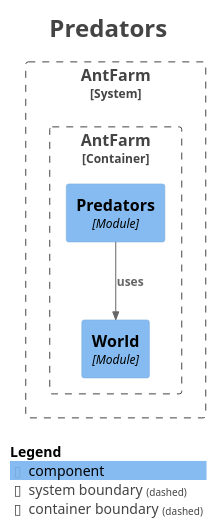
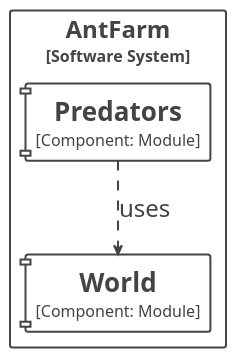
One commit to BlockCat/ddd-ants changed the diagram in src/main/resources/static/docs/module-predators.puml. Above: the diagram before and after it, drawn with PlantUML. The commit also changed 57 other files, not shown here.

```diff
--- a/src/main/resources/static/docs/module-predators.puml
+++ b/src/main/resources/static/docs/module-predators.puml
@@ -1,30 +1,56 @@
 @startuml
-title <size:24>Predators</size>
 
 set separator none
 top to bottom direction
+hide stereotype
+
+skinparam {
+  componentStyle uml1
+}
 
 <style>
   root {
-    BackgroundColor: #ffffff
-    FontColor: #444444
+    BackgroundColor: #ffffff;
+    FontColor: #444444;
+  }
+  // Element,Component
+  .Element-RWxlbWVudCxDb21wb25lbnQ= {
+    BackgroundColor: #ffffff;
+    LineColor: #444444;
+    LineStyle: 0;
+    LineThickness: 2;
+    FontColor: #444444;
+    FontSize: 24;
+    HorizontalAlignment: center;
+    Shadowing: 0;
+    MaximumWidth: 450;
+  }
+  // Relationship
+  .Relationship-UmVsYXRpb25zaGlw {
+    LineThickness: 2;
+    LineStyle: 10-10;
+    LineColor: #444444;
+    FontColor: #444444;
+    FontSize: 24;
+  }
+  // AntFarm
+  .Boundary-QW50RmFybQ== {
+    BackgroundColor: #ffffff;
+    LineColor: #444444;
+    LineStyle: 0;
+    LineThickness: 2;
+    FontColor: #444444;
+    FontSize: 24;
+    HorizontalAlignment: center;
+    Shadowing: 0;
   }
 </style>
 
-!include <C4/C4>
-!include <C4/C4_Context>
-!include <C4/C4_Component>
-
-System_Boundary("AntFarm_boundary", "AntFarm", $tags="") {
-  Container_Boundary("AntFarm.AntFarm_boundary", "AntFarm", $tags="") {
-    Component(AntFarm.AntFarm.World, "World", $techn="Module", $descr="", $tags="", $link="")
-    Component(AntFarm.AntFarm.Predators, "Predators", $techn="Module", $descr="", $tags="", $link="")
-  }
-
+rectangle "AntFarm\n<size:16>[Software System]</size>" <<Boundary-QW50RmFybQ==>> {
+  component "==World\n<size:16>[Component: Module]</size>" <<Element-RWxlbWVudCxDb21wb25lbnQ=>> as AntFarm.AntFarm.World
+  component "==Predators\n<size:16>[Component: Module]</size>" <<Element-RWxlbWVudCxDb21wb25lbnQ=>> as AntFarm.AntFarm.Predators
 }
 
-Rel(AntFarm.AntFarm.Predators, AntFarm.AntFarm.World, "uses", $techn="", $tags="", $link="")
+AntFarm.AntFarm.Predators --> AntFarm.AntFarm.World <<Relationship-UmVsYXRpb25zaGlw>> : "uses"
 
-SHOW_LEGEND(true)
-hide stereotypes
 @enduml
```
